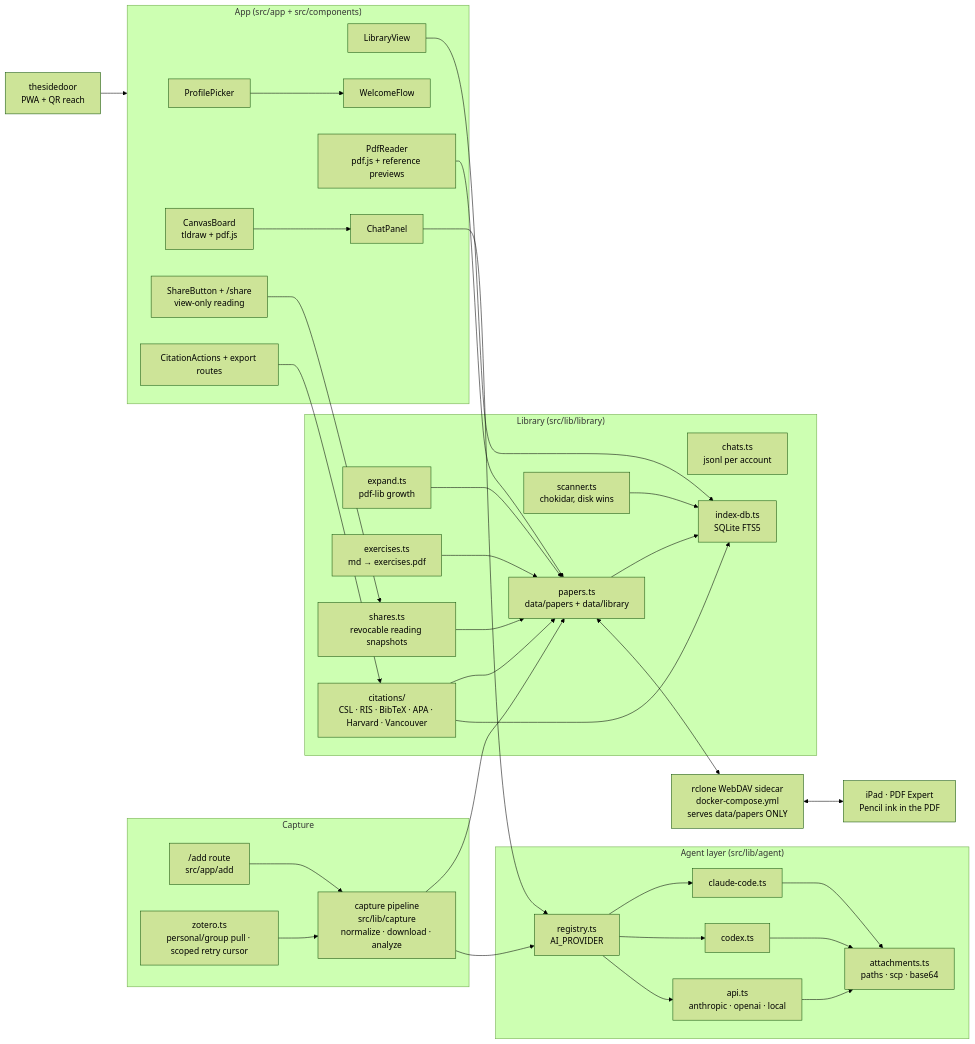
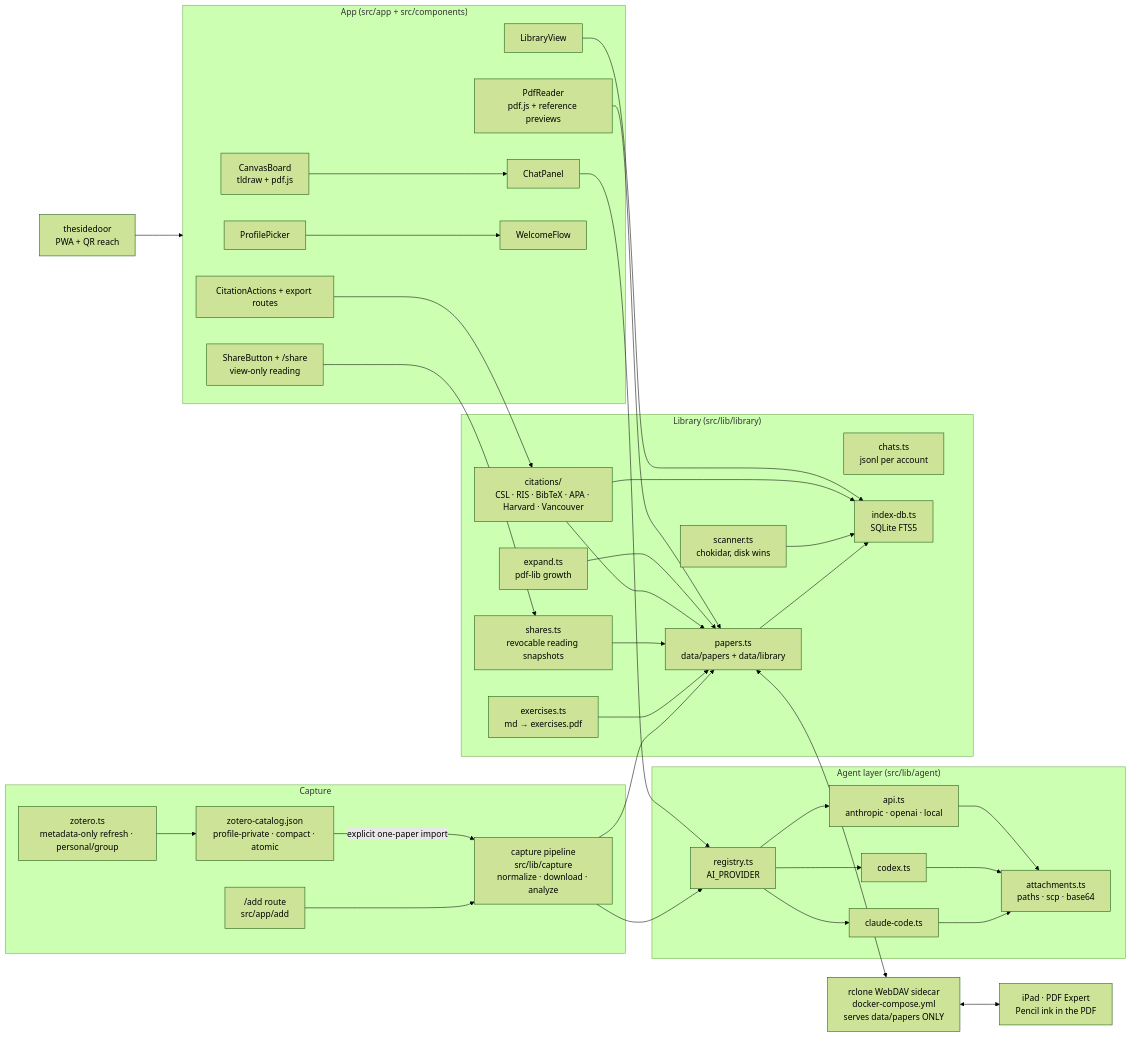
The diagram in README.md (affromero/papernook), drawn with Mermaid (forest theme) before and after one commit. The commit also changed other lines of this file and 20 other files, not shown here.

First line of the commit message:
zotero: make large-library sync metadata-first

````diff
--- a/README.md
+++ b/README.md
@@ -76,63 +76,65 @@
 ```mermaid
 flowchart LR
     subgraph capture["Capture"]
       add["/add route<br/>src/app/add"]
       pipe["capture pipeline<br/>src/lib/capture<br/>normalize · download · analyze"]
-      zotero["zotero.ts<br/>personal/group pull · scoped retry cursor"]
+      zotero["zotero.ts<br/>metadata-only refresh · personal/group"]
+      zcatalog["zotero-catalog.json<br/>profile-private · compact · atomic"]
     end
 
     subgraph agent["Agent layer (src/lib/agent)"]
       registry["registry.ts<br/>AI_PROVIDER"]
       claude["claude-code.ts"]
       codex["codex.ts"]
       api["api.ts<br/>anthropic · openai · local"]
       attach["attachments.ts<br/>paths · scp · base64"]
     end
 
     subgraph library["Library (src/lib/library)"]
       papers["papers.ts<br/>data/papers + data/library"]
       chats["chats.ts<br/>jsonl per account"]
       index["index-db.ts<br/>SQLite FTS5"]
       scanner["scanner.ts<br/>chokidar, disk wins"]
       expand["expand.ts<br/>pdf-lib growth"]
       exercises["exercises.ts<br/>md → exercises.pdf"]
       shares["shares.ts<br/>revocable reading snapshots"]
       citations["citations/<br/>CSL · RIS · BibTeX · APA · Harvard · Vancouver"]
     end
 
     subgraph ui["App (src/app + src/components)"]
       picker["ProfilePicker"]
       libview["LibraryView"]
       chatpanel["ChatPanel"]
       pdfreader["PdfReader<br/>pdf.js + reference previews"]
       canvas["CanvasBoard<br/>tldraw + pdf.js"]
       wizard["WelcomeFlow"]
       shareview["ShareButton + /share<br/>view-only reading"]
       citeui["CitationActions + export routes"]
     end
 
     dav["rclone WebDAV sidecar<br/>docker-compose.yml<br/>serves data/papers ONLY"]
     ipad["iPad · PDF Expert<br/>Pencil ink in the PDF"]
     sidedoor["thesidedoor<br/>PWA + QR reach"]
 
     add --> pipe --> papers
-    zotero --> pipe
+    zotero --> zcatalog
+    zcatalog -->|"explicit one-paper import"| pipe
     pipe --> registry
     chatpanel --> registry
     registry --> claude & codex & api
     claude & codex & api --> attach
     papers --> index
     scanner --> index
     papers <--> dav <--> ipad
     exercises --> papers
     shares --> papers
     shareview --> shares
     citeui --> citations --> papers
     citations --> index
     expand --> papers
     canvas --> chatpanel
     pdfreader --> papers
     libview --> index
     picker --> wizard
     sidedoor --> ui
 ```
````
